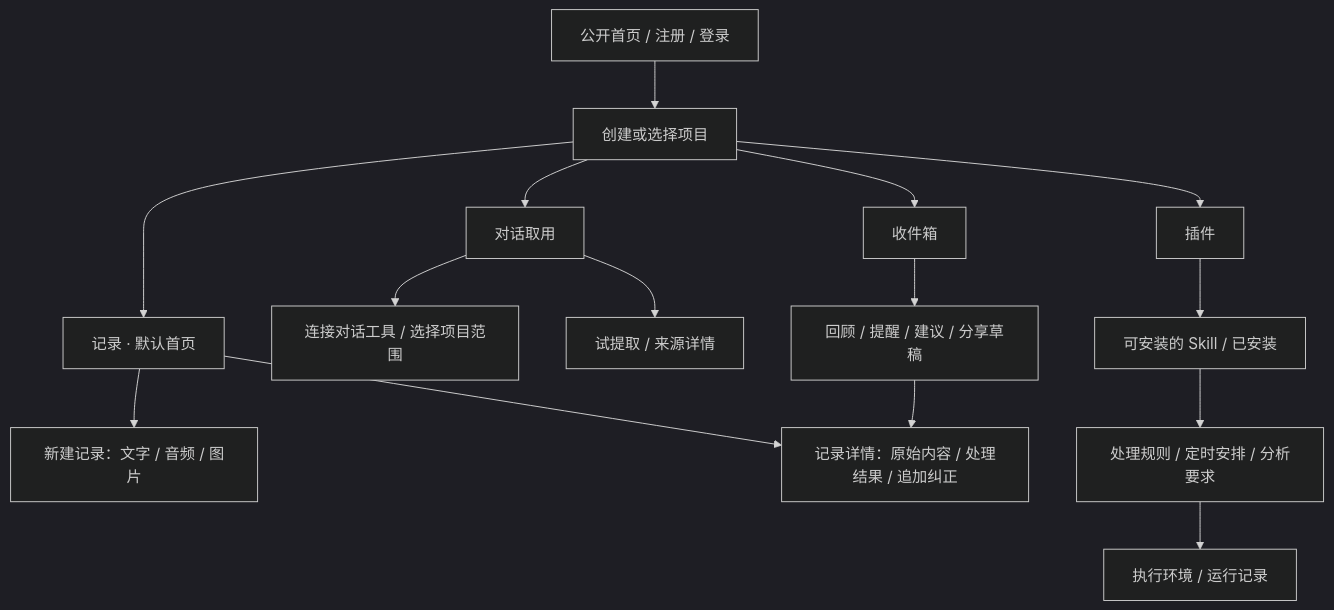
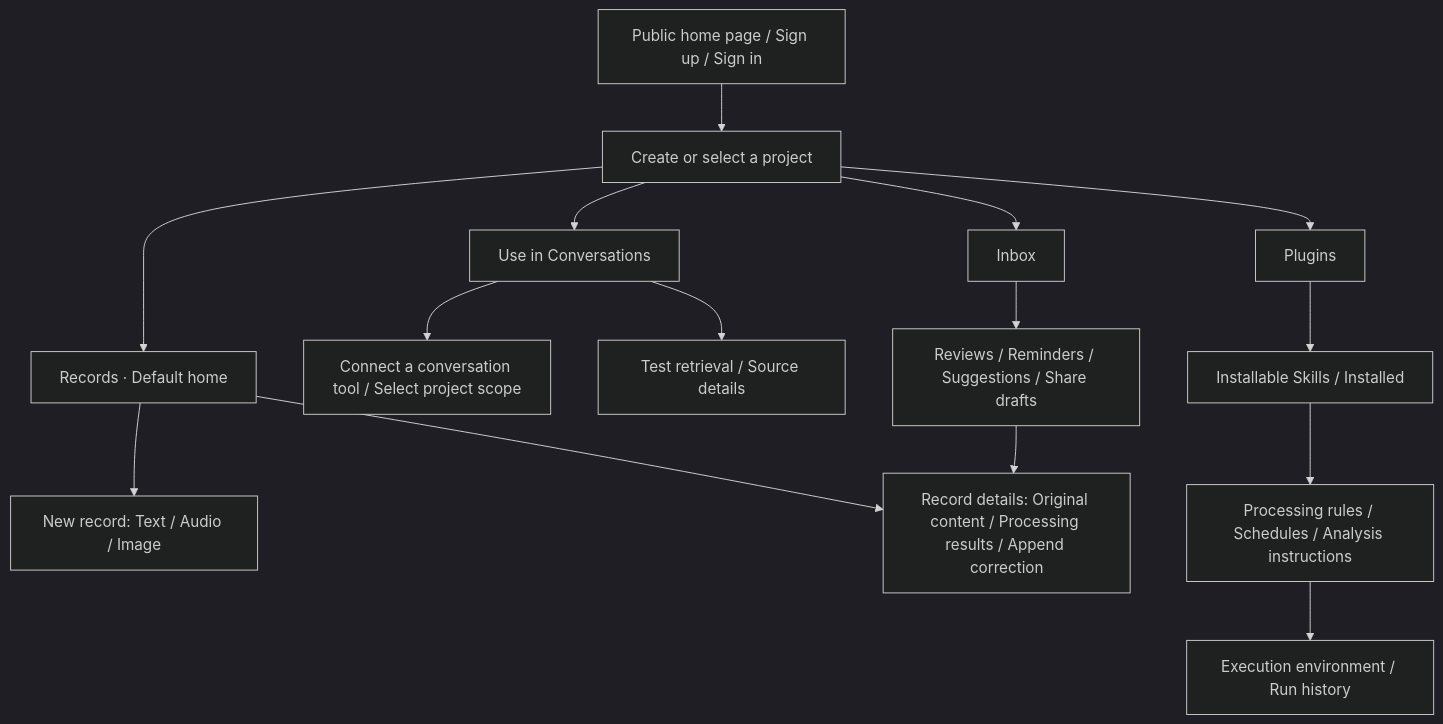
The first of 7 diagrams in docs/ux-flows.md (flyfy1/event-driven-context), drawn with Mermaid (dark theme) before and after one commit. The commit also changed other lines of this file and 13 other files, not shown here.

```diff
--- a/docs/ux-flows.md
+++ b/docs/ux-flows.md
@@ -13,17 +15,17 @@
 ~~~mermaid
 flowchart TD
-    A["公开首页 / 注册 / 登录"] --> B["创建或选择项目"]
-    B --> C["记录 · 默认首页"]
-    B --> D["对话取用"]
-    B --> E["插件"]
-    B --> F["收件箱"]
-    C --> C1["新建记录：文字 / 音频 / 图片"]
-    C --> C2["记录详情：原始内容 / 处理结果 / 追加纠正"]
-    D --> D1["连接对话工具 / 选择项目范围"]
-    D --> D2["试提取 / 来源详情"]
-    E --> E1["可安装的 Skill / 已安装"]
-    E1 --> E2["处理规则 / 定时安排 / 分析要求"]
-    E2 --> E3["执行环境 / 运行记录"]
-    F --> F1["回顾 / 提醒 / 建议 / 分享草稿"]
+    A["Public home page / Sign up / Sign in"] --> B["Create or select a project"]
+    B --> C["Records · Default home"]
+    B --> D["Use in Conversations"]
+    B --> E["Plugins"]
+    B --> F["Inbox"]
+    C --> C1["New record: Text / Audio / Image"]
+    C --> C2["Record details: Original content / Processing results / Append correction"]
+    D --> D1["Connect a conversation tool / Select project scope"]
+    D --> D2["Test retrieval / Source details"]
+    E --> E1["Installable Skills / Installed"]
+    E1 --> E2["Processing rules / Schedules / Analysis instructions"]
+    E2 --> E3["Execution environment / Run history"]
+    F --> F1["Reviews / Reminders / Suggestions / Share drafts"]
     F1 --> C2
 ~~~
```
